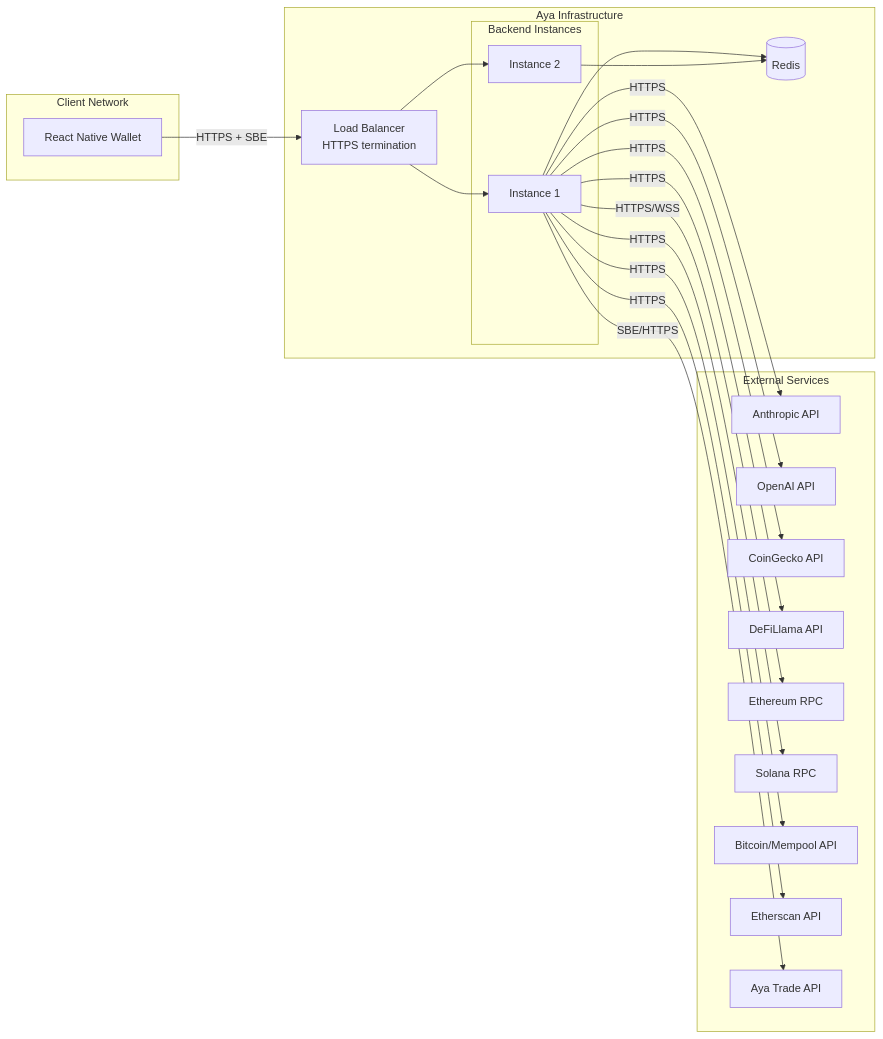
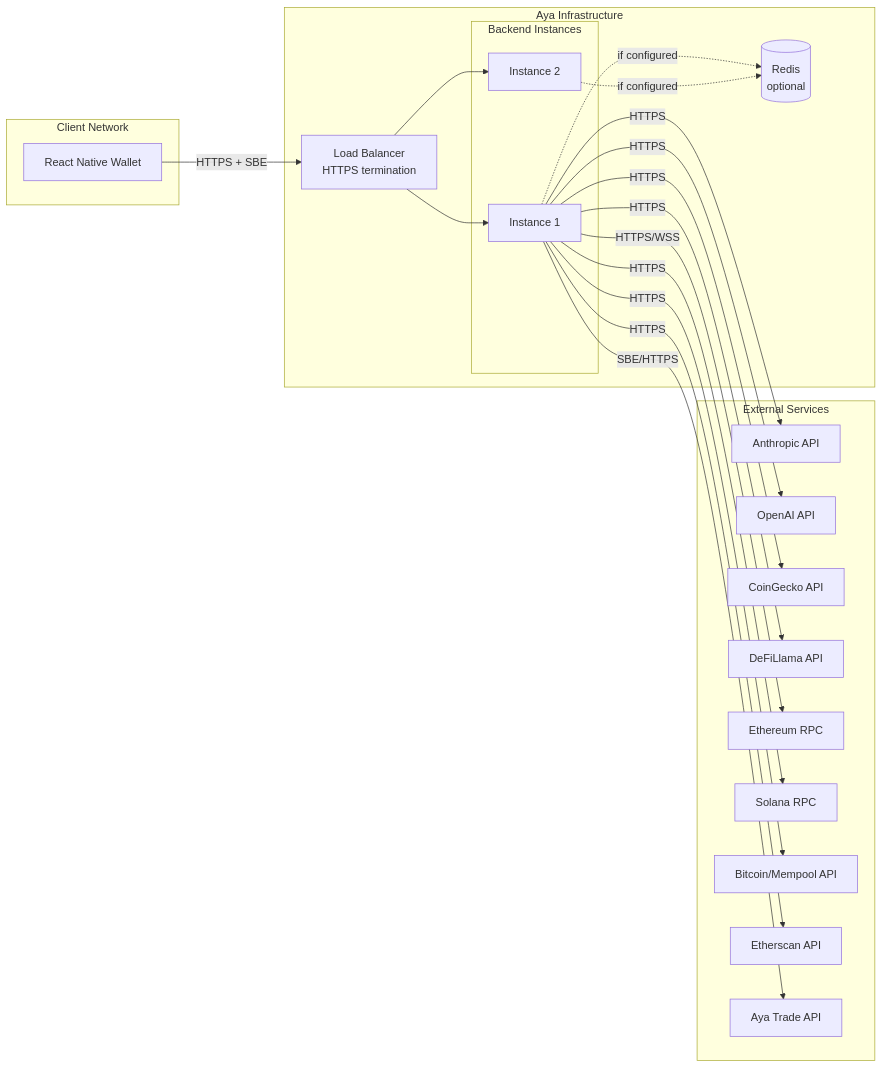
Diagram 11 of 14 in ARCHITECTURE.md (klodio/aya-mobile-assistant), drawn with Mermaid before and after one commit. The commit also changed other lines of this file and 6 other files, not shown here.

Commit message:
Removed Redis as a hard dependency - it should be optional in the beginning

````diff
--- a/ARCHITECTURE.md
+++ b/ARCHITECTURE.md
@@ -765,43 +770,43 @@
 ```mermaid
 graph LR
     subgraph "Client Network"
         MOBILE[React Native Wallet]
     end
 
     subgraph "Aya Infrastructure"
         LB[Load Balancer<br/>HTTPS termination]
         subgraph "Backend Instances"
             I1[Instance 1]
             I2[Instance 2]
         end
-        REDIS[(Redis)]
+        REDIS[(Redis<br/>optional)]
     end
 
     subgraph "External Services"
         LLM_A[Anthropic API]
         LLM_O[OpenAI API]
         CG[CoinGecko API]
         DFL[DeFiLlama API]
         ETH_RPC[Ethereum RPC]
         SOL_RPC[Solana RPC]
         BTC_RPC[Bitcoin/Mempool API]
         ESCAN[Etherscan API]
         AYATRADE[Aya Trade API]
     end
 
     MOBILE -->|HTTPS + SBE| LB
     LB --> I1
     LB --> I2
-    I1 --> REDIS
-    I2 --> REDIS
+    I1 -.->|if configured| REDIS
+    I2 -.->|if configured| REDIS
 
     I1 -->|HTTPS| LLM_A
     I1 -->|HTTPS| LLM_O
     I1 -->|HTTPS| CG
     I1 -->|HTTPS| DFL
     I1 -->|HTTPS/WSS| ETH_RPC
     I1 -->|HTTPS| SOL_RPC
     I1 -->|HTTPS| BTC_RPC
     I1 -->|HTTPS| ESCAN
     I1 -->|SBE/HTTPS| AYATRADE
 ```
````
